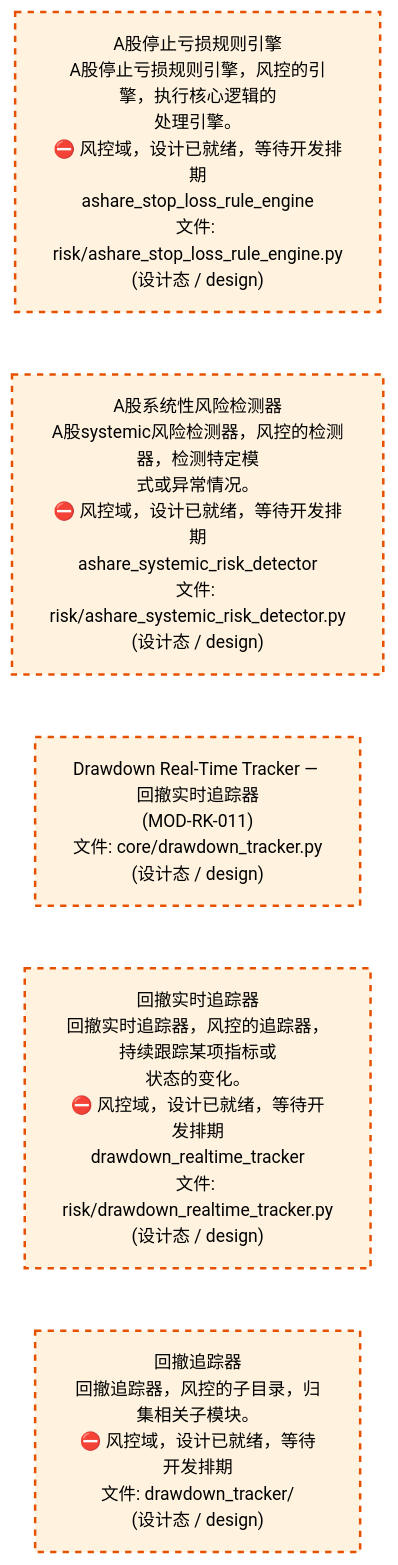
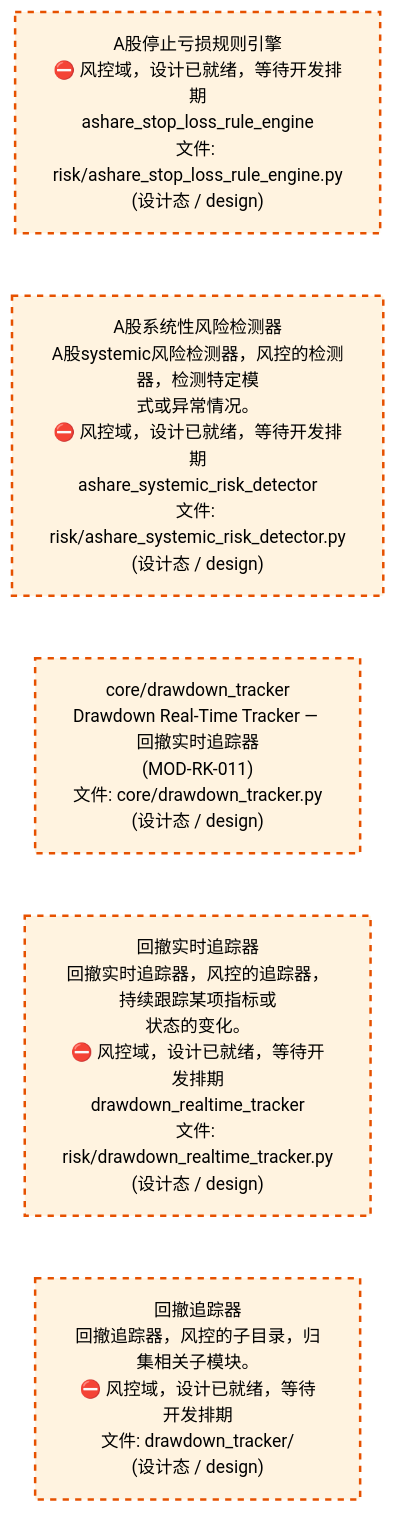
One commit to xuanFelixVan/ZephyrAlpha changed the third of 4 diagrams in docs/02_enterprise_architecture/02_domain_architecture_docs/65_d_risk.md. Above: the diagram before and after it, drawn with Mermaid. The commit also changed other lines of this file and 61 other files, not shown here.

````diff
--- a/docs/02_enterprise_architecture/02_domain_architecture_docs/65_d_risk.md
+++ b/docs/02_enterprise_architecture/02_domain_architecture_docs/65_d_risk.md
@@ -183,18 +183,18 @@
 ```mermaid
 %%{init: {'theme': 'base', 'themeVariables': {'primaryColor': '#eaeaea', 'primaryTextColor': '#333333', 'primaryBorderColor': '#666666', 'lineColor': '#666666', 'secondaryColor': '#eaeaea', 'tertiaryColor': '#eaeaea', 'fontSize': '14px'}}}%%
 flowchart TD
-    src_zephyr_risk_ashare_stop_loss_rule_engine_py["A股停止亏损规则引擎<br/>A股停止亏损规则引擎，风控的引擎，执行核心逻辑的<br/>处理引擎。<br/>⛔ 风控域，设计已就绪，等待开发排期<br/>ashare_stop_loss_rule_engine<br/>文件: risk/ashare_stop_loss_rule_engine.py<br/>(设计态 / design)"]
+    src_zephyr_risk_ashare_stop_loss_rule_engine_py["A股停止亏损规则引擎<br/>⛔ 风控域，设计已就绪，等待开发排期<br/>ashare_stop_loss_rule_engine<br/>文件: risk/ashare_stop_loss_rule_engine.py<br/>(设计态 / design)"]
     src_zephyr_risk_ashare_systemic_risk_detector_py["A股系统性风险检测器<br/>A股systemic风险检测器，风控的检测器，检测特定模<br/>式或异常情况。<br/>⛔ 风控域，设计已就绪，等待开发排期<br/>ashare_systemic_risk_detector<br/>文件: risk/ashare_systemic_risk_detector.py<br/>(设计态 / design)"]
-    src_zephyr_risk_core_drawdown_tracker_py["Drawdown Real-Time Tracker — 回撤实时追踪器<br/>(MOD-RK-011)<br/>文件: core/drawdown_tracker.py<br/>(设计态 / design)"]
+    src_zephyr_risk_core_drawdown_tracker_py["core/drawdown_tracker<br/>Drawdown Real-Time Tracker — 回撤实时追踪器<br/>(MOD-RK-011)<br/>文件: core/drawdown_tracker.py<br/>(设计态 / design)"]
     src_zephyr_risk_drawdown_realtime_tracker_py["回撤实时追踪器<br/>回撤实时追踪器，风控的追踪器，持续跟踪某项指标或<br/>状态的变化。<br/>⛔ 风控域，设计已就绪，等待开发排期<br/>drawdown_realtime_tracker<br/>文件: risk/drawdown_realtime_tracker.py<br/>(设计态 / design)"]
     src_zephyr_risk_drawdown_tracker["回撤追踪器<br/>回撤追踪器，风控的子目录，归集相关子模块。<br/>⛔ 风控域，设计已就绪，等待开发排期<br/>文件: drawdown_tracker/<br/>(设计态 / design)"]
     src_zephyr_risk_ashare_stop_loss_rule_engine_py ~~~ src_zephyr_risk_ashare_systemic_risk_detector_py
     src_zephyr_risk_ashare_systemic_risk_detector_py ~~~ src_zephyr_risk_core_drawdown_tracker_py
     src_zephyr_risk_core_drawdown_tracker_py ~~~ src_zephyr_risk_drawdown_realtime_tracker_py
     src_zephyr_risk_drawdown_realtime_tracker_py ~~~ src_zephyr_risk_drawdown_tracker
     classDef production fill:#e1f5fe,stroke:#01579b,stroke-width:2px,color:#000
     classDef design fill:#fff3e0,stroke:#e65100,stroke-width:2px,color:#000,stroke-dasharray: 5 5
     classDef external_prod fill:#e8f4fd,stroke:#0277bd,stroke-width:1px,color:#000
     classDef external_design fill:#fff8e7,stroke:#ef6c00,stroke-width:1px,color:#000,stroke-dasharray: 5 5
     class src_zephyr_risk_ashare_stop_loss_rule_engine_py,src_zephyr_risk_ashare_systemic_risk_detector_py,src_zephyr_risk_core_drawdown_tracker_py,src_zephyr_risk_drawdown_realtime_tracker_py,src_zephyr_risk_drawdown_tracker design
 ```
````
